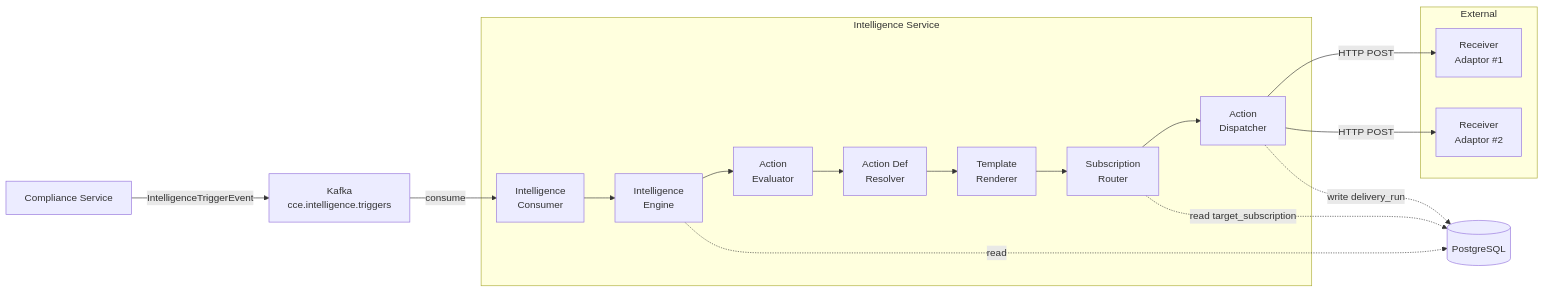
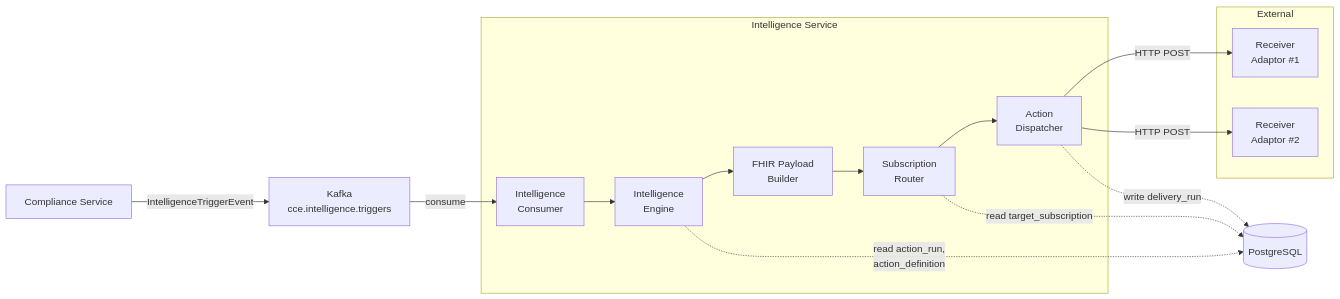
Before and after one commit to Jayaprakash8887/cce-intelligence-service: the first of 12 diagrams in docs/flow-diagrams.md, drawn with Mermaid. The commit also changed other lines of this file and 3 other files, not shown here.

````diff
--- a/docs/flow-diagrams.md
+++ b/docs/flow-diagrams.md
@@ -25,32 +24,28 @@
 ```mermaid
 flowchart LR
     CS[Compliance Service] -->|IntelligenceTriggerEvent| K[Kafka<br/>cce.intelligence.triggers]
     K -->|consume| IC[Intelligence<br/>Consumer]
     IC --> IE[Intelligence<br/>Engine]
-    IE --> RE[Action<br/>Evaluator]
-    RE --> AR[Action Def<br/>Resolver]
-    AR --> TR[Template<br/>Renderer]
-    TR --> SR[Subscription<br/>Router]
+    IE --> FB[FHIR Payload<br/>Builder]
+    FB --> SR[Subscription<br/>Router]
     SR --> AD[Action<br/>Dispatcher]
     AD -->|HTTP POST| RA1[Receiver<br/>Adaptor #1]
     AD -->|HTTP POST| RA2[Receiver<br/>Adaptor #2]
 
     subgraph Intelligence Service
         IC
         IE
-        RE
-        AR
-        TR
+        FB
         SR
         AD
     end
 
     subgraph External
         RA1
         RA2
     end
 
-    IE -.->|read| DB[(PostgreSQL)]
+    IE -.->|read action_run,<br/>action_definition| DB[(PostgreSQL)]
     SR -.->|read target_subscription| DB
     AD -.->|write delivery_run| DB
 ```
````
